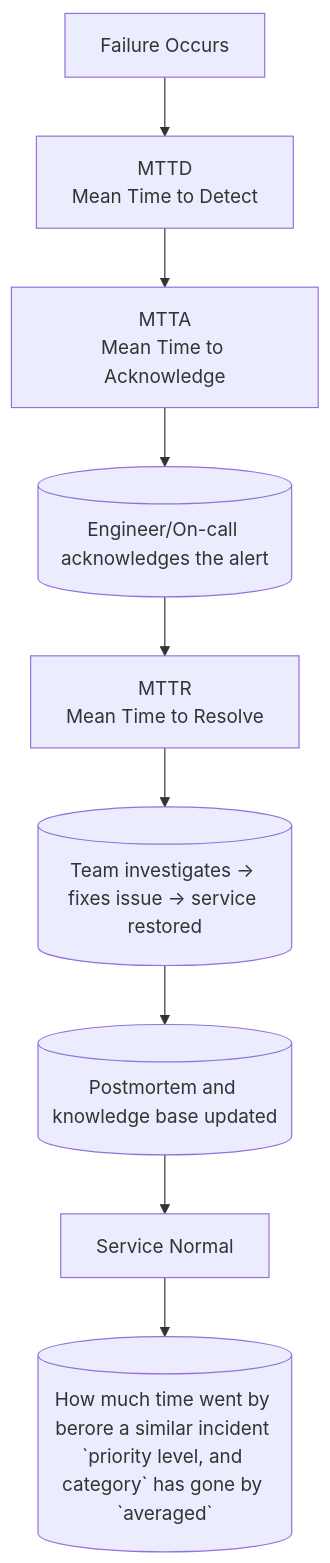
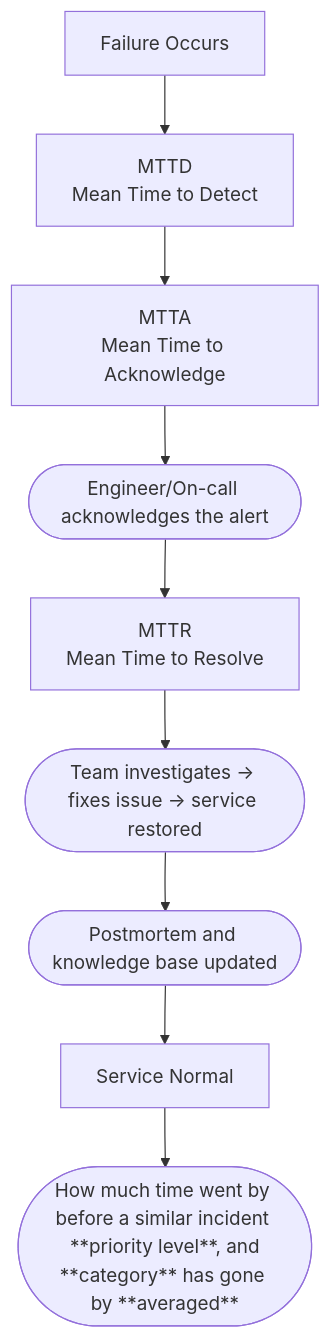
One commit to DHunnicuttSG/SRE changed the diagram in Linux/3.4.4-Incident_Lifecycle_Timeline.md. Above: the diagram before and after it, drawn with Mermaid.

````diff
--- a/Linux/3.4.4-Incident_Lifecycle_Timeline.md
+++ b/Linux/3.4.4-Incident_Lifecycle_Timeline.md
@@ -5,12 +5,12 @@
 ```mermaid
 flowchart TD
     A[Failure Occurs] --> B[MTTD<br/>Mean Time to Detect]
     B --> C[MTTA<br/>Mean Time to Acknowledge]
-    C --> D[(Engineer/On-call acknowledges the alert)]
+    C --> D([Engineer/On-call acknowledges the alert])
     D --> E[MTTR<br/>Mean Time to Resolve]
-    E --> F[(Team investigates -> fixes issue -> service restored)]
-    F --> G[(Postmortem and knowledge base updated)]
+    E --> F([Team investigates -> fixes issue -> service restored])
+    F --> G([Postmortem and knowledge base updated])
     G --> H[Service Normal]
-    H --> I[(How much time went by berore a similar incident `priority level, and category` has gone by `averaged`)]
+    H --> I([How much time went by before a similar incident <br/> **priority level**, and **category** has gone by **averaged**])
 
 ```
````
